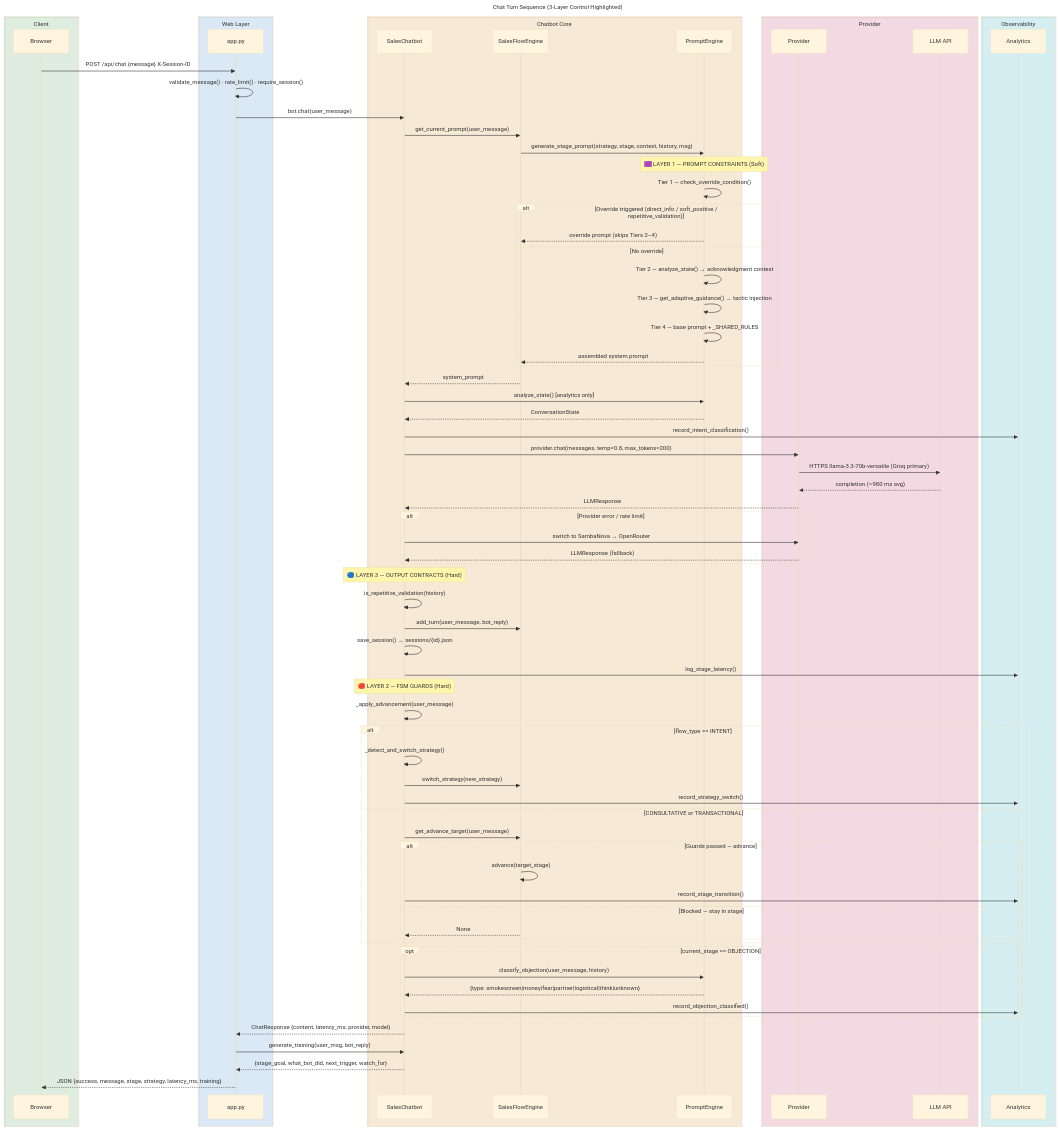
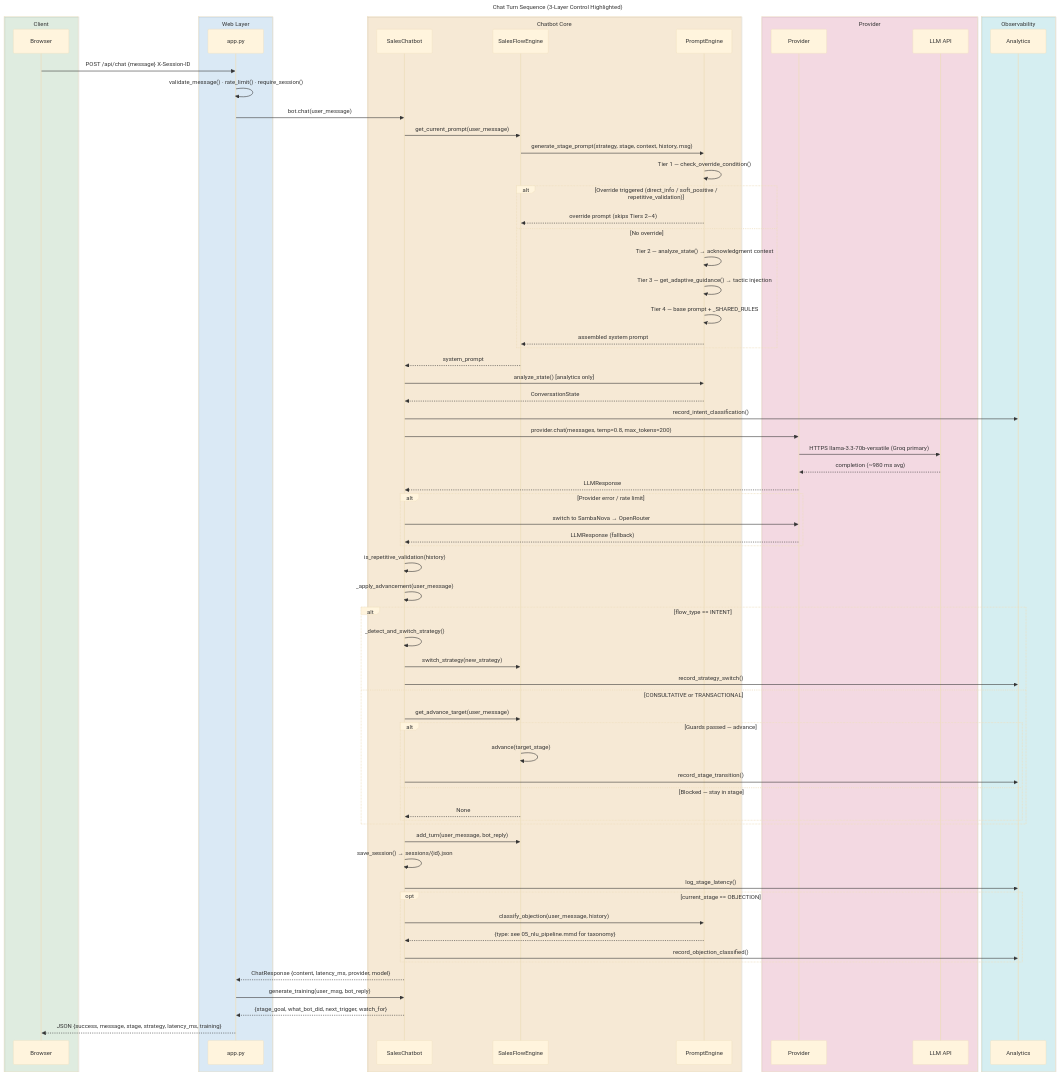
The diagram in Documentation/diagrams/03_chat_turn_sequence.mmd (shaf-aston/FYP-sales-training-tool), drawn with Mermaid before and after one commit. The commit also changed 67 other files, not shown here.

First line of the commit message:
fix(fsm): harden LOGICAL/EMOTIONAL stages against premature pitching + remove code noise

```diff
--- a/Documentation/diagrams/03_chat_turn_sequence.mmd
+++ b/Documentation/diagrams/03_chat_turn_sequence.mmd
@@ -1,101 +1,106 @@
 ---
 title: Chat Turn Sequence (3-Layer Control Highlighted)
 ---
 %%{init: {"theme": "base", "sequence": {"actorMargin": 40, "messageMargin": 20}}}%%
+%% Diagram Type: Sequence diagram (sequenceDiagram) — chat turn execution across layers (client → web → bot → provider)
 
 sequenceDiagram
     box rgba(102,187,106,0.15) Client
         participant Br  as Browser
     end
     box rgba(66,165,245,0.15) Web Layer
         participant App as app.py
     end
     box rgba(255,167,38,0.15) Chatbot Core
         participant Bot as SalesChatbot
         participant FSM as SalesFlowEngine
         participant PE  as PromptEngine
     end
     box rgba(236,64,122,0.15) Provider
         participant Pv  as Provider
         participant API as LLM API
     end
     box rgba(38,198,218,0.15) Observability
         participant Obs as Analytics
     end
 
+    %% Legend - Prompt Constraints / FSM Guards / Output Contracts
+
     Br->>App: POST /api/chat  {message}  X-Session-ID
     App->>App: validate_message() · rate_limit() · require_session()
 
     %% ── STEP 1: Prompt Assembly — LAYER 1 ──────────────────────────────────
     App->>Bot: bot.chat(user_message)
     Bot->>FSM: get_current_prompt(user_message)
     FSM->>PE: generate_stage_prompt(strategy, stage, context, history, msg)
 
-    Note over PE: 🟪 LAYER 1 — PROMPT CONSTRAINTS (Soft)
+    %% LAYER 1 - PROMPT CONSTRAINTS (Soft): instruction-level guidance the LLM should follow; this layer shapes intent and tone before generation.
     PE->>PE: Tier 1 — check_override_condition()
 
     alt Override triggered (direct_info / soft_positive / repetitive_validation)
         PE-->>FSM: override prompt (skips Tiers 2–4)
     else No override
         PE->>PE: Tier 2 — analyze_state() → acknowledgment context
         PE->>PE: Tier 3 — get_adaptive_guidance() → tactic injection
         PE->>PE: Tier 4 — base prompt + _SHARED_RULES
         PE-->>FSM: assembled system prompt
     end
     FSM-->>Bot: system_prompt
 
     %% ── STEP 2: Intent Recording ──────────────────────────────────────────
     Bot->>PE: analyze_state() [analytics only]
     PE-->>Bot: ConversationState
     Bot->>Obs: record_intent_classification()
 
     %% ── STEP 3: LLM Call ─────────────────────────────────────────────────
     Bot->>Pv: provider.chat(messages, temp=0.8, max_tokens=200)
     Pv->>API: HTTPS  llama-3.3-70b-versatile  (Groq primary)
     API-->>Pv: completion (~980 ms avg)
     Pv-->>Bot: LLMResponse
 
     alt Provider error / rate limit
+        %% If the primary provider fails (rate-limit or error), the system automatically retries with backup providers (SambaNova -> OpenRouter) to avoid user interruption.
         Bot->>Pv: switch to SambaNova → OpenRouter
         Pv-->>Bot: LLMResponse (fallback)
     end
 
     %% ── STEP 4: Layer 3 — Output Contract ────────────────────────────────
-    Note over Bot: 🔵 LAYER 3 — OUTPUT CONTRACTS (Hard)
+    %% LAYER 3 - OUTPUT CONTRACTS (Hard): hard checks enforced by code detect failure modes in the bot's own output and set corrective flags for the next turn.
     Bot->>Bot: is_repetitive_validation(history)
 
-    %% ── STEP 5: Persist ──────────────────────────────────────────────────
-    Bot->>FSM: add_turn(user_message, bot_reply)
-    Bot->>Bot: save_session() → sessions/{id}.json
-    Bot->>Obs: log_stage_latency()
-
-    %% ── STEP 6: FSM Advancement — LAYER 2 ────────────────────────────────
-    Note over Bot: 🔴 LAYER 2 — FSM GUARDS (Hard)
+    %% ── STEP 5: FSM Advancement — LAYER 2 ────────────────────────────────
+    %% LAYER 2 - FSM GUARDS (Hard): hard readiness checks enforced by code to prevent premature advancement; ensure the bot only escalates when the user is ready.
     Bot->>Bot: _apply_advancement(user_message)
 
     alt flow_type == INTENT
         Bot->>Bot: _detect_and_switch_strategy()
         Bot->>FSM: switch_strategy(new_strategy)
         Bot->>Obs: record_strategy_switch()
     else CONSULTATIVE or TRANSACTIONAL
         Bot->>FSM: get_advance_target(user_message)
         alt Guards passed — advance
             FSM->>FSM: advance(target_stage)
             Bot->>Obs: record_stage_transition()
         else Blocked — stay in stage
             FSM-->>Bot: None
         end
     end
 
+    %% ── STEP 6: Persist ──────────────────────────────────────────────────
+    Bot->>FSM: add_turn(user_message, bot_reply)
+    Bot->>Bot: save_session() → sessions/{id}.json
+    Bot->>Obs: log_stage_latency()
+
     %% ── STEP 7: Objection (if applicable) ────────────────────────────────
     opt current_stage == OBJECTION
         Bot->>PE: classify_objection(user_message, history)
-        PE-->>Bot: {type: smokescreen|money|fear|partner|logistical|think|unknown}
+        PE-->>Bot: {type: see 05_nlu_pipeline.mmd for taxonomy}
         Bot->>Obs: record_objection_classified()
     end
 
     %% ── STEP 8: Response ─────────────────────────────────────────────────
     Bot-->>App: ChatResponse {content, latency_ms, provider, model}
     App->>Bot: generate_training(user_msg, bot_reply)
+    %% Coaching/analysis step: produces internal feedback about the bot's sales technique; used for evaluation and improvement and not part of the live user-facing reply.
     Bot-->>App: {stage_goal, what_bot_did, next_trigger, watch_for}
     App-->>Br: JSON {success, message, stage, strategy, latency_ms, training}
```
